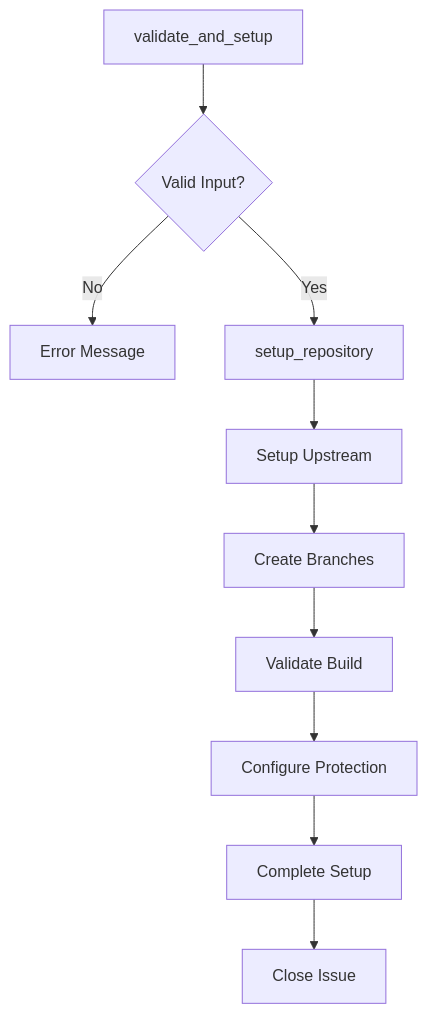
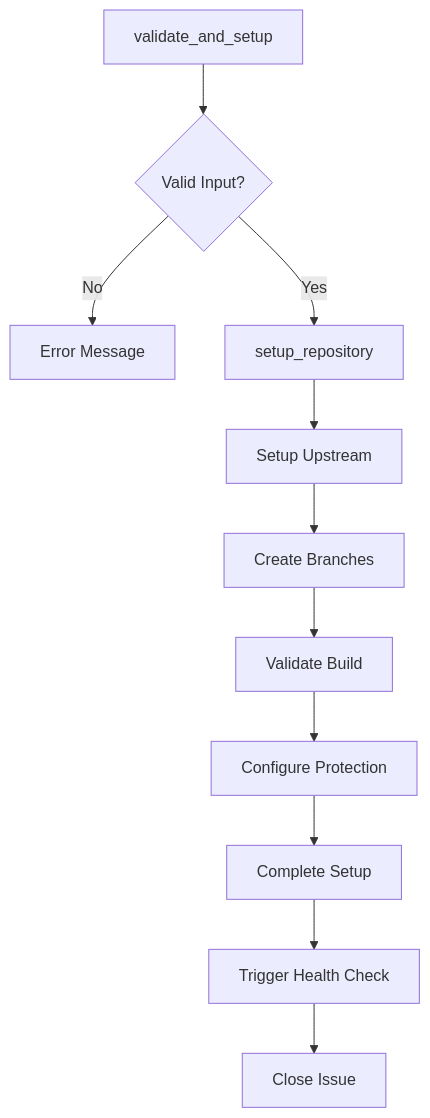
The second of 3 diagrams in doc/init-workflow.md (danielscholl-osdu/osdu-fork-template), drawn with Mermaid before and after one commit. The commit also changed other lines of this file and 2 other files, not shown here.

````diff
--- a/doc/init-workflow.md
+++ b/doc/init-workflow.md
@@ -108,12 +108,13 @@
 ```mermaid
 flowchart TD
     A[validate_and_setup] --> B{Valid Input?}
     B -->|No| C[Error Message]
     B -->|Yes| D[setup_repository]
     D --> E[Setup Upstream]
     E --> F[Create Branches]
     F --> G[Validate Build]
     G --> H[Configure Protection]
     H --> I[Complete Setup]
-    I --> J[Close Issue]
+    I --> J[Trigger Health Check]
+    J --> K[Close Issue]
 ```
````
